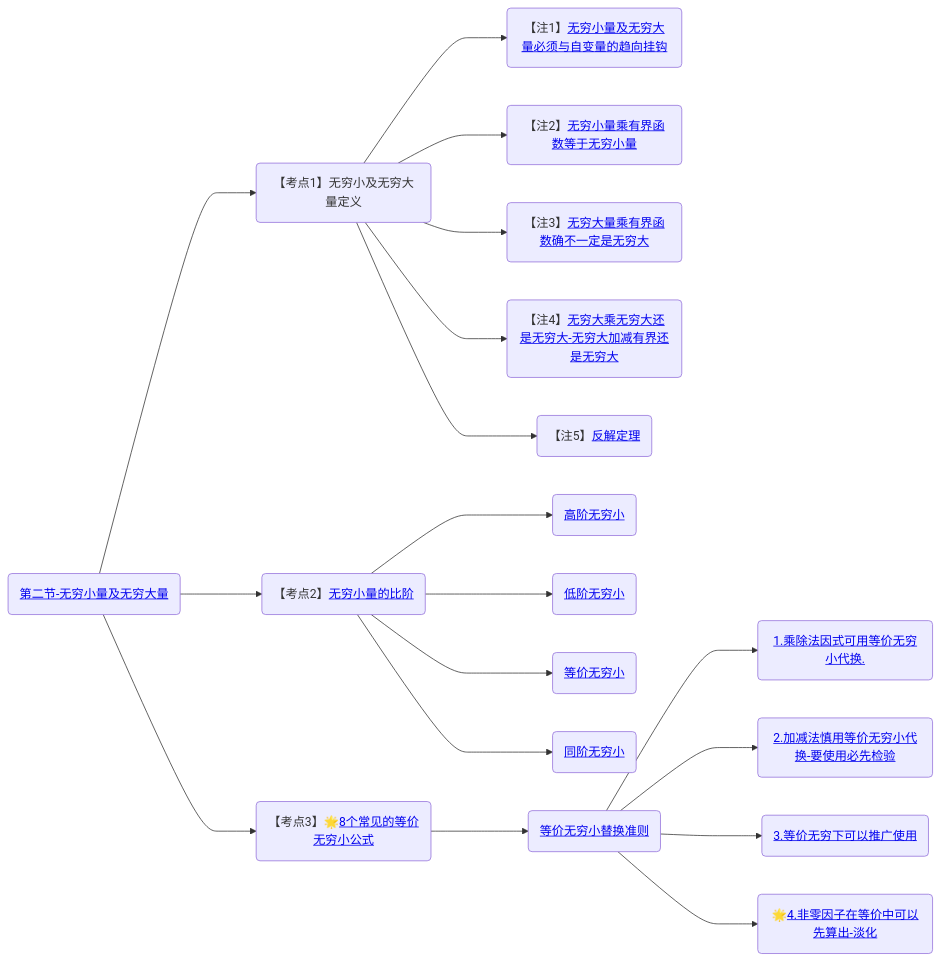
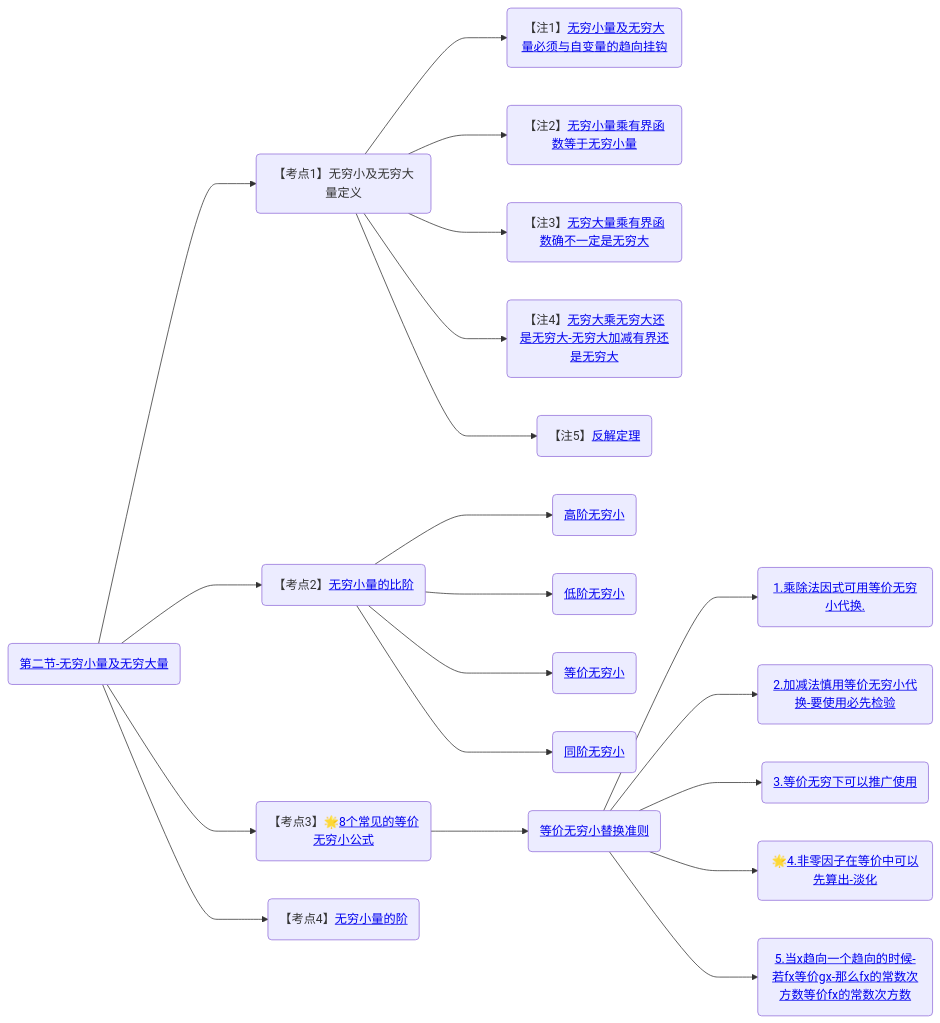
One commit to yuebinghui/note changed the second of 2 diagrams in 笔记/数学/周洋鑫/基础班/00.大纲.md. Above: the diagram before and after it, drawn with Mermaid. The commit also changed 4 other files, not shown here.

````diff
--- a/笔记/数学/周洋鑫/基础班/00.大纲.md
+++ b/笔记/数学/周洋鑫/基础班/00.大纲.md
@@ -41,28 +41,31 @@
 ```mermaid
 graph LR
 
 第二节-无穷小量及无穷大量(<a href="/Users/yuebinghui/Documents/program/github/note/笔记/数学/周洋鑫/基础班/02.无穷小量及无穷大量.md#第二节-无穷小量及无穷大量">第二节-无穷小量及无穷大量</>)
 
 第二节-无穷小量及无穷大量--->无穷小及无穷大量定义(【考点1】无穷小及无穷大量定义)
 
 无穷小及无穷大量定义--->无穷小量及无穷大量必须与自变量的趋向挂钩(【注1】<a href="/Users/yuebinghui/Documents/program/github/note/笔记/数学/周洋鑫/基础班/02.无穷小量及无穷大量.md#无穷小量及无穷大量必须与自变量的趋向挂钩">无穷小量及无穷大量必须与自变量的趋向挂钩</>)
 无穷小及无穷大量定义--->无穷小量乘有界函数等于无穷小量(【注2】<a href="/Users/yuebinghui/Documents/program/github/note/笔记/数学/周洋鑫/基础班/02.无穷小量及无穷大量.md#无穷小量乘有界函数等于无穷小量">无穷小量乘有界函数等于无穷小量</>)
 无穷小及无穷大量定义--->无穷大量乘有界函数确不一定是无穷大(【注3】<a href="/Users/yuebinghui/Documents/program/github/note/笔记/数学/周洋鑫/基础班/02.无穷小量及无穷大量.md#无穷大量乘有界函数确不一定是无穷大">无穷大量乘有界函数确不一定是无穷大</>)
 无穷小及无穷大量定义--->无穷大乘无穷大还是无穷大-无穷大加减有界还是无穷大(【注4】<a href="/Users/yuebinghui/Documents/program/github/note/笔记/数学/周洋鑫/基础班/02.无穷小量及无穷大量.md#无穷大乘无穷大还是无穷大-无穷大加减有界还是无穷大">无穷大乘无穷大还是无穷大-无穷大加减有界还是无穷大</>)
 无穷小及无穷大量定义--->反解定理(【注5】<a href="/Users/yuebinghui/Documents/program/github/note/笔记/数学/周洋鑫/基础班/02.无穷小量及无穷大量.md#反解定理">反解定理</>)
 
 第二节-无穷小量及无穷大量--->无穷小量的比阶(【考点2】<a href="/Users/yuebinghui/Documents/program/github/note/笔记/数学/周洋鑫/基础班/02.无穷小量及无穷大量.md#无穷小量的比阶">无穷小量的比阶</>)
 无穷小量的比阶--->高阶无穷小(<a href="/Users/yuebinghui/Documents/program/github/note/笔记/数学/周洋鑫/基础班/02.无穷小量及无穷大量.md#高阶无穷小">高阶无穷小</>)
 无穷小量的比阶--->低阶无穷小(<a href="/Users/yuebinghui/Documents/program/github/note/笔记/数学/周洋鑫/基础班/02.无穷小量及无穷大量.md#低阶无穷小">低阶无穷小</>)
 无穷小量的比阶--->等价无穷小(<a href="/Users/yuebinghui/Documents/program/github/note/笔记/数学/周洋鑫/基础班/02.无穷小量及无穷大量.md#等价无穷小">等价无穷小</>)
 无穷小量的比阶--->同阶无穷小(<a href="/Users/yuebinghui/Documents/program/github/note/笔记/数学/周洋鑫/基础班/02.无穷小量及无穷大量.md#同阶无穷小">同阶无穷小</>)
 
 第二节-无穷小量及无穷大量--->8个常见的等价无穷小公式(【考点3】🌟<a href="/Users/yuebinghui/Documents/program/github/note/笔记/数学/周洋鑫/基础班/02.无穷小量及无穷大量.md#8个常见的等价无穷小公式">8个常见的等价无穷小公式</>)
 8个常见的等价无穷小公式--->等价无穷小替换准则(<a href="/Users/yuebinghui/Documents/program/github/note/笔记/数学/周洋鑫/基础班/02.无穷小量及无穷大量.md#等价无穷小替换准则">等价无穷小替换准则</>)
 等价无穷小替换准则--->1.乘除法因式可用等价无穷小代换.(<a href="/Users/yuebinghui/Documents/program/github/note/笔记/数学/周洋鑫/基础班/02.无穷小量及无穷大量.md#1.乘除法因式可用等价无穷小代换.">1.乘除法因式可用等价无穷小代换.</>)
 等价无穷小替换准则--->2.加减法慎用等价无穷小代换-要使用必先检验(<a href="/Users/yuebinghui/Documents/program/github/note/笔记/数学/周洋鑫/基础班/02.无穷小量及无穷大量.md#2.加减法慎用等价无穷小代换-要使用必先检验">2.加减法慎用等价无穷小代换-要使用必先检验</>)
 等价无穷小替换准则--->3.等价无穷下可以推广使用(<a href="/Users/yuebinghui/Documents/program/github/note/笔记/数学/周洋鑫/基础班/02.无穷小量及无穷大量.md#3.等价无穷下可以推广使用">3.等价无穷下可以推广使用</>)
 等价无穷小替换准则--->4.非零因子在等价中可以先算出-淡化(🌟<a href="/Users/yuebinghui/Documents/program/github/note/笔记/数学/周洋鑫/基础班/02.无穷小量及无穷大量.md#4.非零因子在等价中可以先算出-淡化">4.非零因子在等价中可以先算出-淡化</>)
+等价无穷小替换准则--->5.当x趋向一个趋向的时候-若fx等价gx-那么fx的常数次方数等价fx的常数次方数(<a href="/Users/yuebinghui/Documents/program/github/note/笔记/数学/周洋鑫/基础班/02.无穷小量及无穷大量.md#5.当x趋向一个趋向的时候-若fx等价gx-那么fx的常数次方数等价fx的常数次方数">5.当x趋向一个趋向的时候-若fx等价gx-那么fx的常数次方数等价fx的常数次方数</>)
+
+第二节-无穷小量及无穷大量--->无穷小量的阶(【考点4】<a href="/Users/yuebinghui/Documents/program/github/note/笔记/数学/周洋鑫/基础班/02.无穷小量及无穷大量.md#无穷小量的阶">无穷小量的阶</>)
 
 
 ```
````
